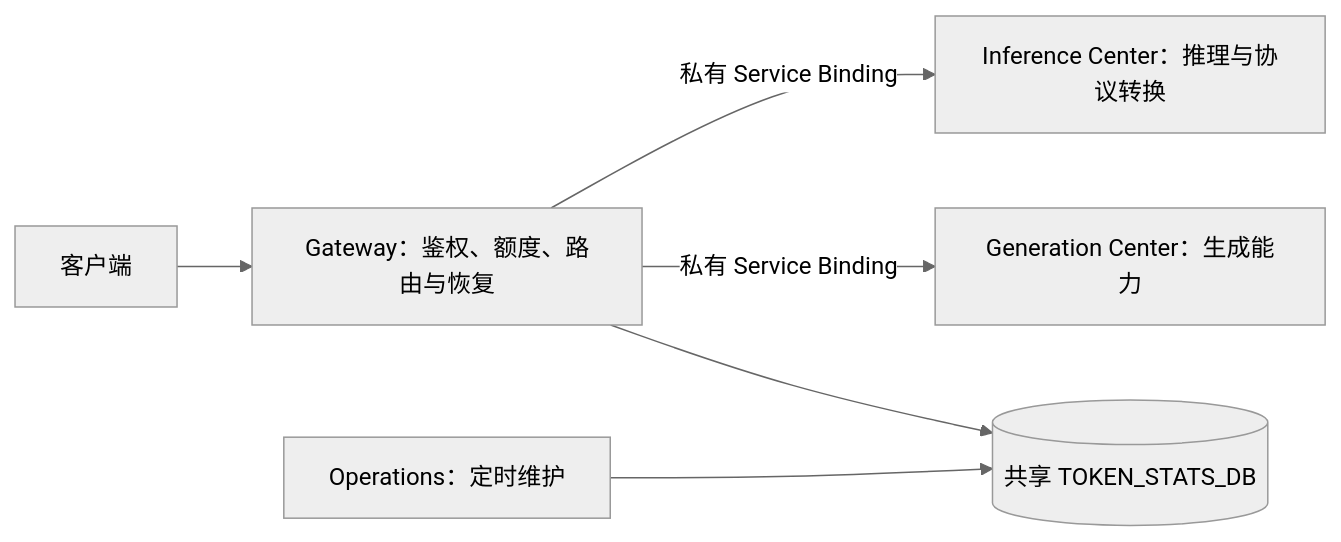
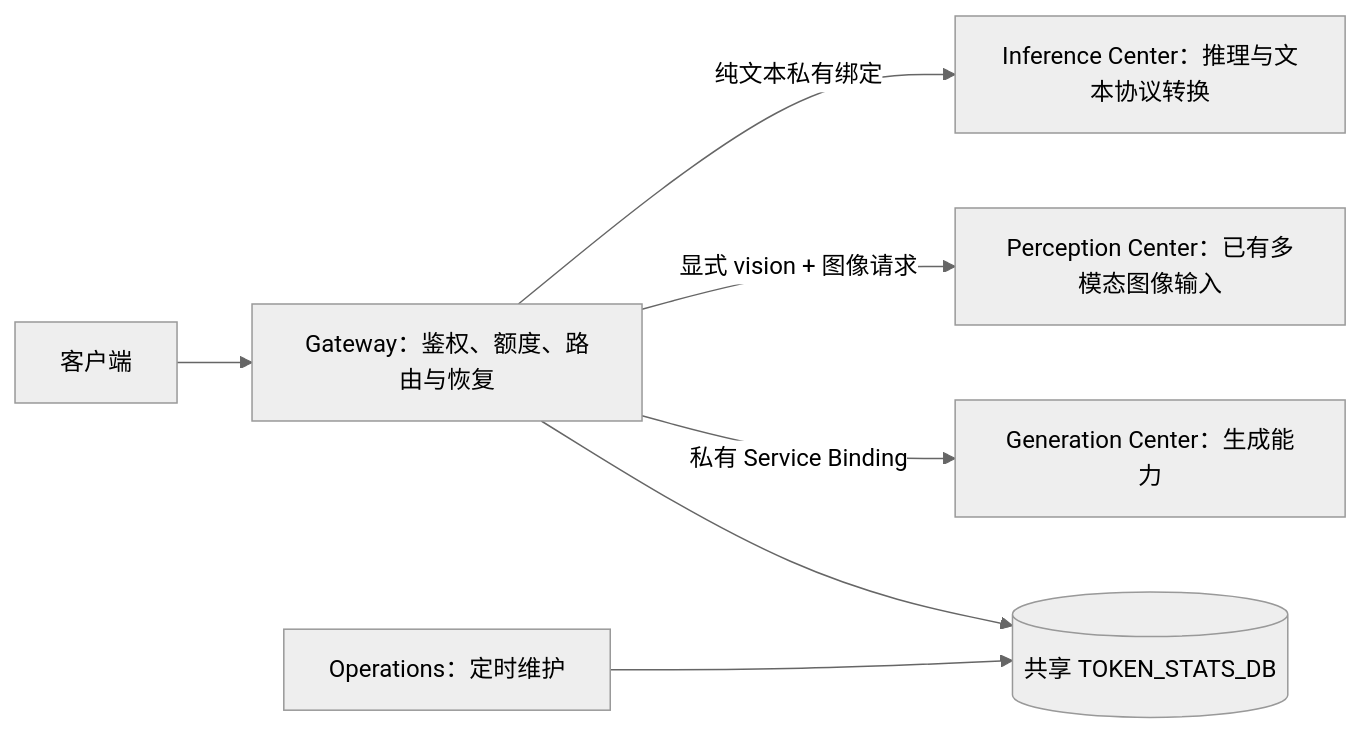
The diagram in docs/architecture/edge-capability-boundaries.md (fongap-labs/ai-gateway), drawn with Mermaid (neutral theme) before and after one commit. The commit also changed other lines of this file and 45 other files, not shown here.

````diff
--- a/docs/architecture/edge-capability-boundaries.md
+++ b/docs/architecture/edge-capability-boundaries.md
@@ -18,8 +19,9 @@
 ```mermaid
 flowchart LR
     Client[客户端] --> Gateway[Gateway：鉴权、额度、路由与恢复]
-    Gateway -->|私有 Service Binding| Inference[Inference Center：推理与协议转换]
+    Gateway -->|纯文本私有绑定| Inference[Inference Center：推理与文本协议转换]
+    Gateway -->|显式 vision + 图像请求| Perception[Perception Center：已有多模态图像输入]
     Gateway -->|私有 Service Binding| Generation[Generation Center：生成能力]
     Gateway --> Stats[(共享 TOKEN_STATS_DB)]
     Operations[Operations：定时维护] --> Stats
 ```
````
